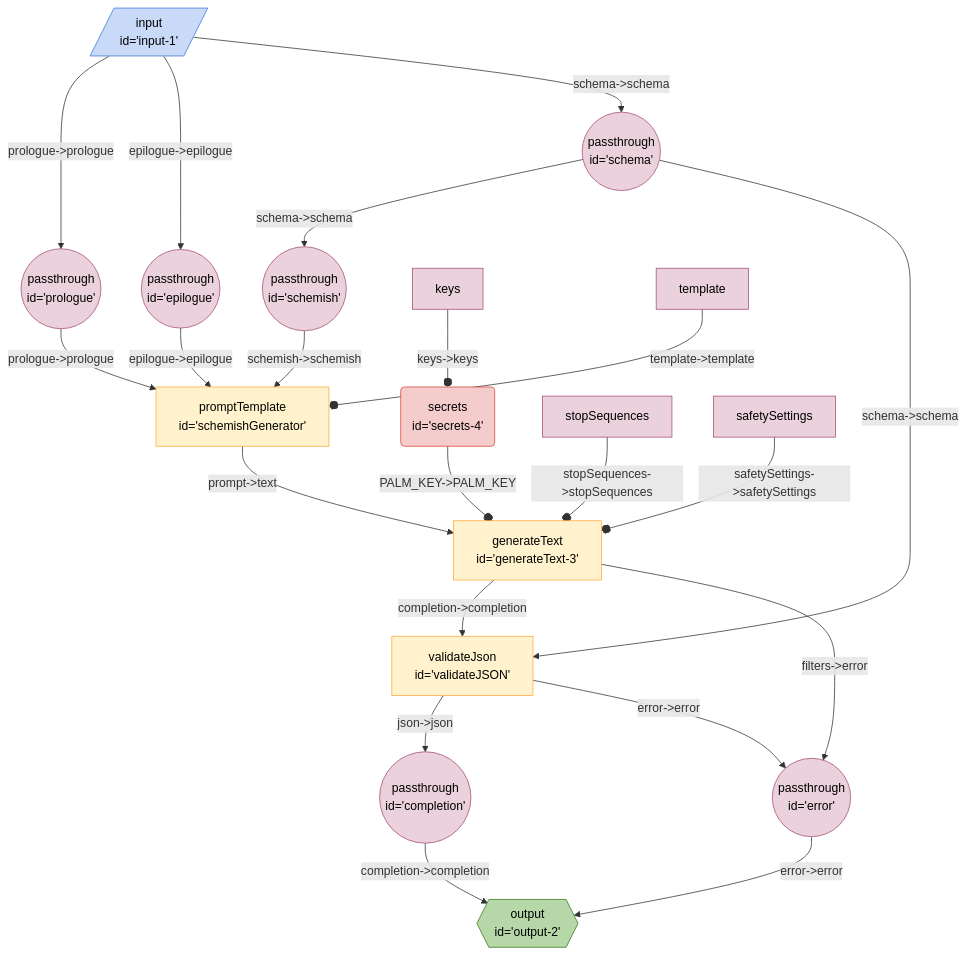
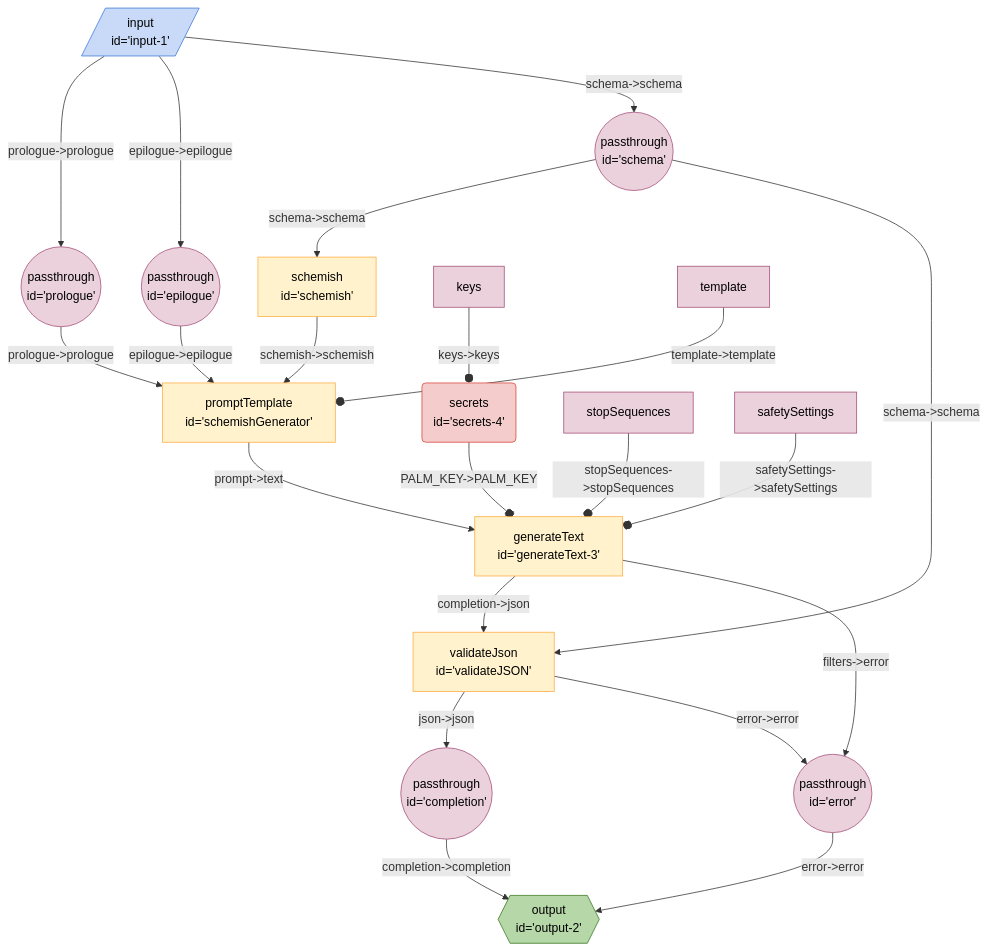
The diagram in seeds/coffee-bot-board/docs/schemish-generator.md (breadboard-ai/breadboard), drawn with Mermaid before and after one commit. The commit also changed 6 other files, not shown here.

````diff
--- a/seeds/coffee-bot-board/docs/schemish-generator.md
+++ b/seeds/coffee-bot-board/docs/schemish-generator.md
@@ -3,32 +3,32 @@
 ```mermaid
 %%{init: 'themeVariables': { 'fontFamily': 'Fira Code, monospace' }}%%
 graph TD;
 input1[/"input <br> id='input-1'"/]:::input -- "prologue->prologue" --> prologue(("passthrough <br> id='prologue'")):::passthrough
 input1[/"input <br> id='input-1'"/]:::input -- "epilogue->epilogue" --> epilogue(("passthrough <br> id='epilogue'")):::passthrough
 input1[/"input <br> id='input-1'"/]:::input -- "schema->schema" --> schema(("passthrough <br> id='schema'")):::passthrough
 error(("passthrough <br> id='error'")):::passthrough -- "error->error" --> output2{{"output <br> id='output-2'"}}:::output
 completion(("passthrough <br> id='completion'")):::passthrough -- "completion->completion" --> output2{{"output <br> id='output-2'"}}:::output
-schema(("passthrough <br> id='schema'")):::passthrough -- "schema->schema" --> schemish(("passthrough <br> id='schemish'")):::passthrough
+schema(("passthrough <br> id='schema'")):::passthrough -- "schema->schema" --> schemish["schemish <br> id='schemish'"]
 validateJSON["validateJson <br> id='validateJSON'"] -- "json->json" --> completion(("passthrough <br> id='completion'")):::passthrough
 validateJSON["validateJson <br> id='validateJSON'"] -- "error->error" --> error(("passthrough <br> id='error'")):::passthrough
 schema(("passthrough <br> id='schema'")):::passthrough -- "schema->schema" --> validateJSON["validateJson <br> id='validateJSON'"]
 secrets4("secrets <br> id='secrets-4'"):::secrets -- "PALM_KEY->PALM_KEY" --o generateText3["generateText <br> id='generateText-3'"]
-generateText3["generateText <br> id='generateText-3'"] -- "completion->completion" --> validateJSON["validateJson <br> id='validateJSON'"]
+generateText3["generateText <br> id='generateText-3'"] -- "completion->json" --> validateJSON["validateJson <br> id='validateJSON'"]
 generateText3["generateText <br> id='generateText-3'"] -- "filters->error" --> error(("passthrough <br> id='error'")):::passthrough
 prologue(("passthrough <br> id='prologue'")):::passthrough -- "prologue->prologue" --> schemishGenerator["promptTemplate <br> id='schemishGenerator'"]
 epilogue(("passthrough <br> id='epilogue'")):::passthrough -- "epilogue->epilogue" --> schemishGenerator["promptTemplate <br> id='schemishGenerator'"]
-schemish(("passthrough <br> id='schemish'")):::passthrough -- "schemish->schemish" --> schemishGenerator["promptTemplate <br> id='schemishGenerator'"]
+schemish["schemish <br> id='schemish'"] -- "schemish->schemish" --> schemishGenerator["promptTemplate <br> id='schemishGenerator'"]
 schemishGenerator["promptTemplate <br> id='schemishGenerator'"] -- "prompt->text" --> generateText3["generateText <br> id='generateText-3'"]
 stopSequencesgenerateText3[stopSequences]:::config -- "stopSequences->stopSequences" --o generateText3
 safetySettingsgenerateText3[safetySettings]:::config -- "safetySettings->safetySettings" --o generateText3
 keyssecrets4[keys]:::config -- "keys->keys" --o secrets4
 templateschemishGenerator[template]:::config -- "template->template" --o schemishGenerator
 classDef default stroke:#ffab40,fill:#fff2ccff,color:#000
 classDef input stroke:#3c78d8,fill:#c9daf8ff,color:#000
 classDef output stroke:#38761d,fill:#b6d7a8ff,color:#000
 classDef passthrough stroke:#a64d79,fill:#ead1dcff,color:#000
 classDef slot stroke:#a64d79,fill:#ead1dcff,color:#000
 classDef config stroke:#a64d79,fill:#ead1dcff,color:#000
 classDef secrets stroke:#db4437,fill:#f4cccc,color:#000
 classDef slotted stroke:#a64d79
 ```
````
